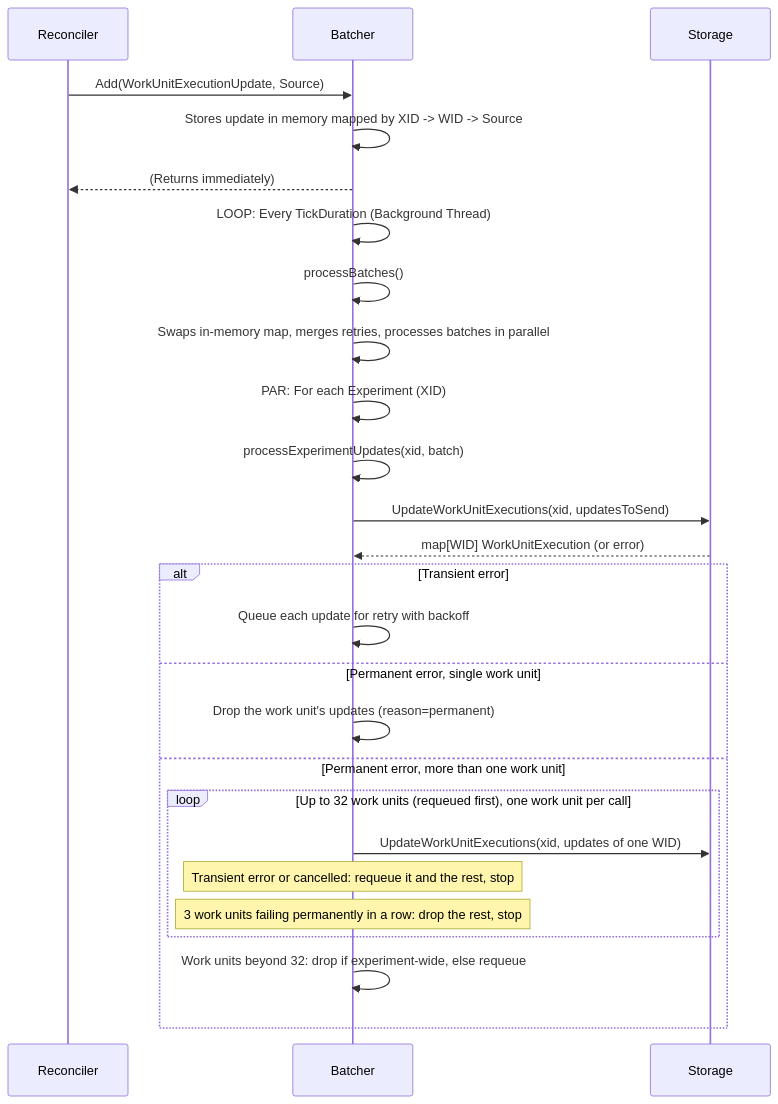
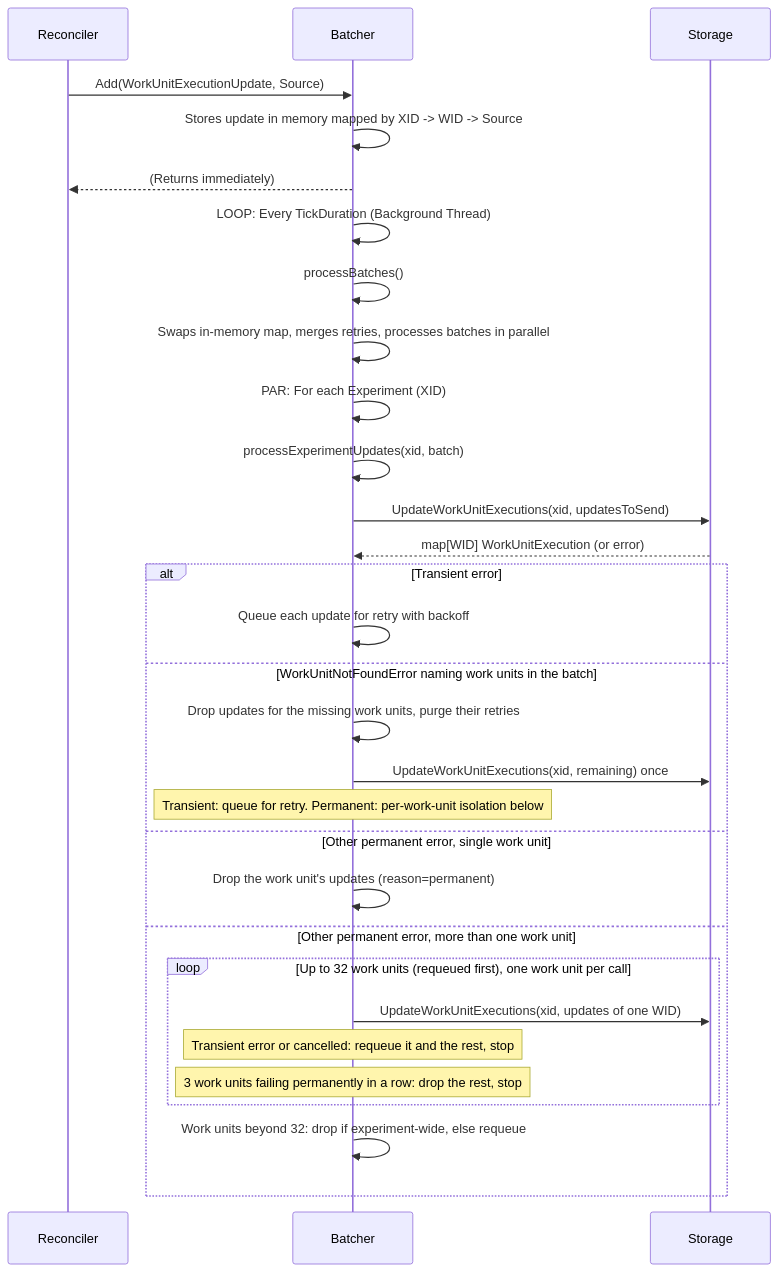
The fifth of 5 diagrams in docs/flows/reconciliation.md (google/xmc), drawn with Mermaid before and after one commit. The commit also changed other lines of this file and 10 other files, not shown here.

First line of the commit message:
fix(storage): return typed WorkUnitNotFoundError naming all missing work units

````diff
--- a/docs/flows/reconciliation.md
+++ b/docs/flows/reconciliation.md
@@ -277,31 +277,35 @@
 ```mermaid
 sequenceDiagram
     participant Reconciler
     participant Batcher
     participant Storage
 
     Reconciler->>Batcher: Add(WorkUnitExecutionUpdate, Source)
     Batcher->>Batcher: Stores update in memory mapped by XID -> WID -> Source
     Batcher-->>Reconciler: (Returns immediately)
 
     Batcher->>Batcher: LOOP: Every TickDuration (Background Thread)
     Batcher->>Batcher: processBatches()
     Batcher->>Batcher: Swaps in-memory map, merges retries, processes batches in parallel
 
     Batcher->>Batcher: PAR: For each Experiment (XID)
     Batcher->>Batcher: processExperimentUpdates(xid, batch)
     Batcher->>Storage: UpdateWorkUnitExecutions(xid, updatesToSend)
     Storage-->>Batcher: map[WID] WorkUnitExecution (or error)
     alt Transient error
         Batcher->>Batcher: Queue each update for retry with backoff
-    else Permanent error, single work unit
+    else WorkUnitNotFoundError naming work units in the batch
+        Batcher->>Batcher: Drop updates for the missing work units, purge their retries
+        Batcher->>Storage: UpdateWorkUnitExecutions(xid, remaining) once
+        Note over Batcher: Transient: queue for retry. Permanent: per-work-unit isolation below
+    else Other permanent error, single work unit
         Batcher->>Batcher: Drop the work unit's updates (reason=permanent)
-    else Permanent error, more than one work unit
+    else Other permanent error, more than one work unit
         loop Up to 32 work units (requeued first), one work unit per call
             Batcher->>Storage: UpdateWorkUnitExecutions(xid, updates of one WID)
             Note over Batcher: Transient error or cancelled: requeue it and the rest, stop
             Note over Batcher: 3 work units failing permanently in a row: drop the rest, stop
         end
         Batcher->>Batcher: Work units beyond 32: drop if experiment-wide, else requeue
     end
 ```
````
